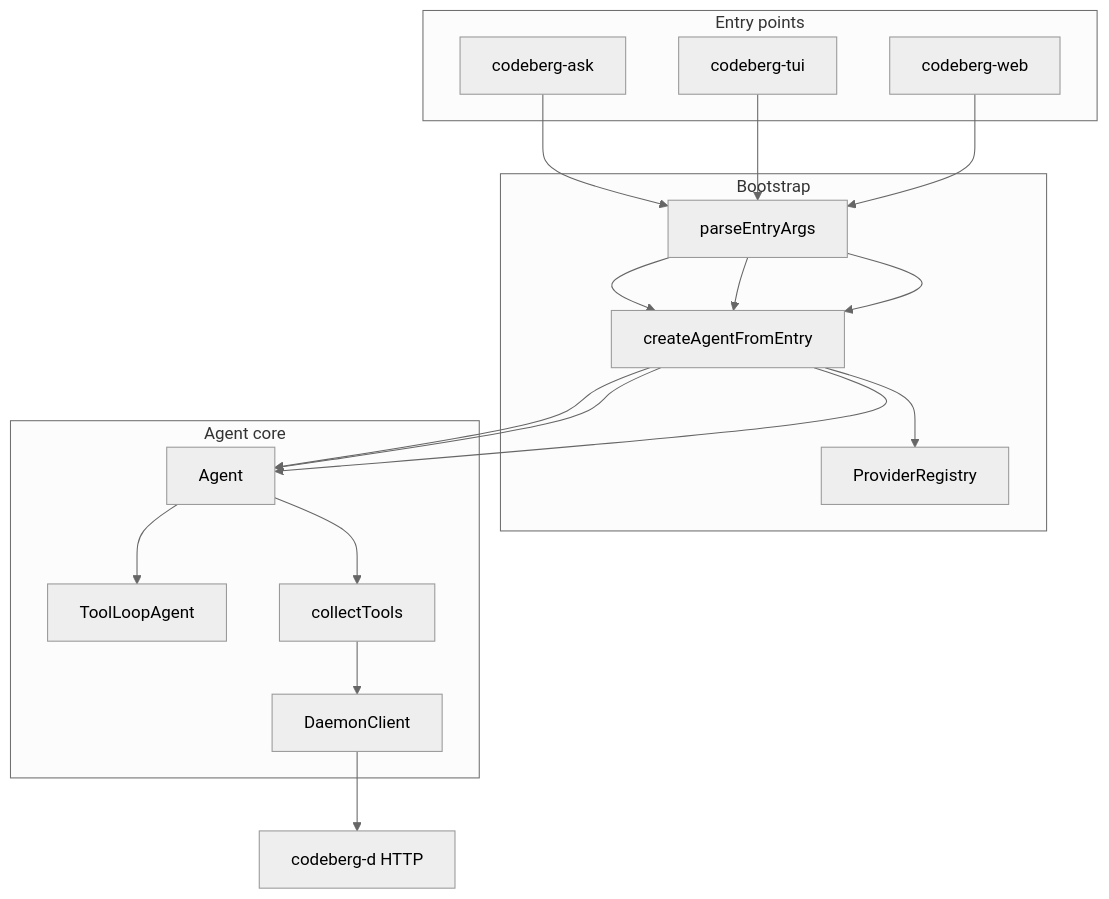
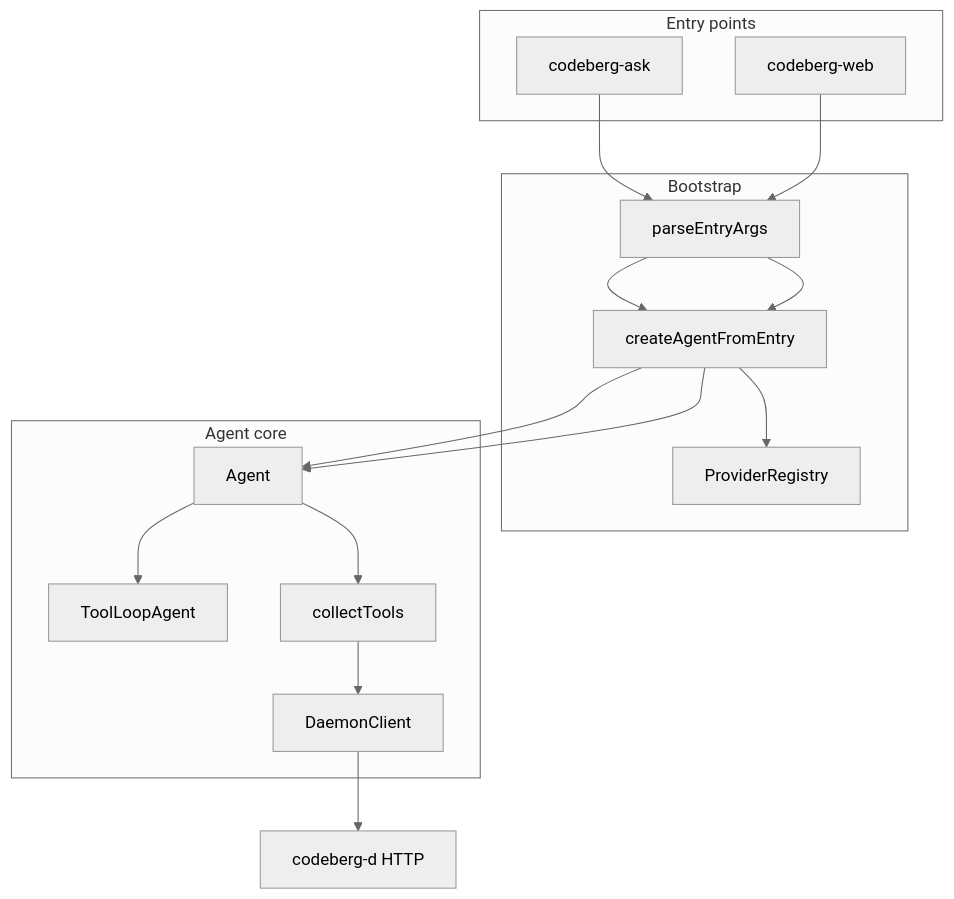
One commit to Midwayne/codeberg changed the diagram in agent/README.md. Above: the diagram before and after it, drawn with Mermaid (neutral theme). The commit also changed other lines of this file and 68 other files, not shown here.

````diff
--- a/agent/README.md
+++ b/agent/README.md
@@ -251,29 +220,27 @@
 ```mermaid
 flowchart TB
   subgraph entry [Entry points]
     CLI[codeberg-ask]
-    TUI[codeberg-tui]
     WEB[codeberg-web]
   end
 
   subgraph bootstrap [Bootstrap]
     ENTRY[parseEntryArgs]
     CFG[createAgentFromEntry]
     PROV[ProviderRegistry]
   end
 
   subgraph core [Agent core]
     AGENT[Agent]
     LOOP[ToolLoopAgent]
     TOOLS[collectTools]
     DC[DaemonClient]
   end
 
   CLI --> ENTRY --> CFG --> AGENT
-  TUI --> ENTRY --> CFG --> AGENT
   WEB --> ENTRY --> CFG --> AGENT
   CFG --> PROV
   AGENT --> LOOP
   AGENT --> TOOLS --> DC
   DC --> DAEMON[codeberg-d HTTP]
 ```
````
